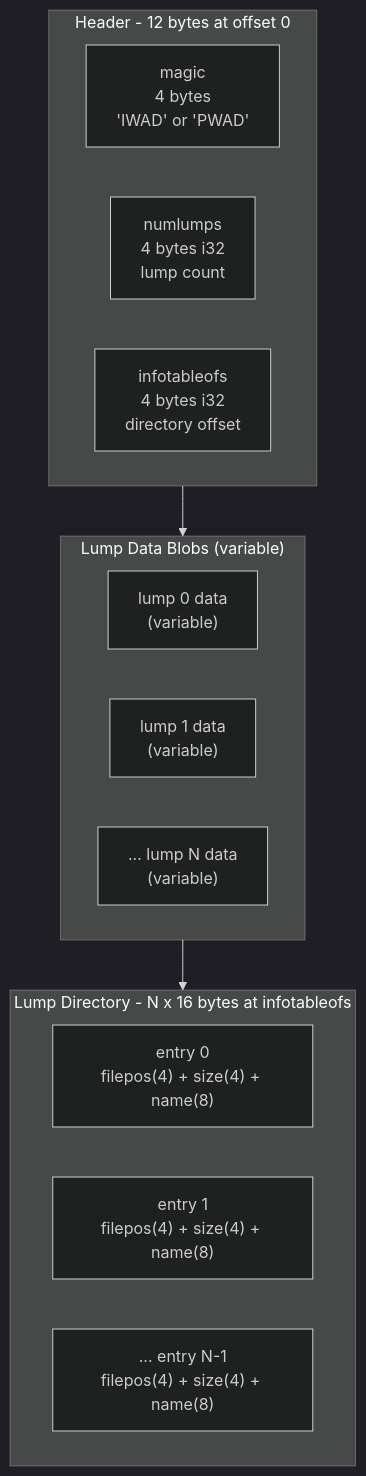
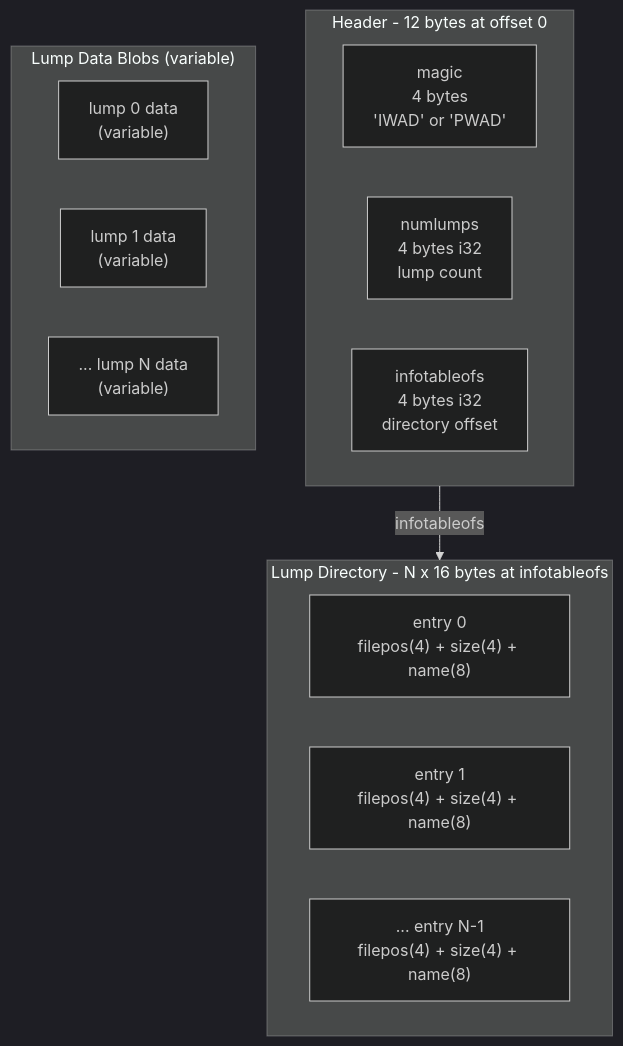
The first of 4 diagrams in docs/design.md (masriamir/crustywad), drawn with Mermaid (dark theme) before and after one commit. The commit also changed other lines of this file, not shown here.

Commit message:
docs(design): fix WAD layout arrows and size_of notation

````diff
--- a/docs/design.md
+++ b/docs/design.md
@@ -23,20 +23,19 @@
 ```mermaid
 flowchart TD
     subgraph Header["Header - 12 bytes at offset 0"]
         magic["magic\n4 bytes\n'IWAD' or 'PWAD'"]
         numlumps["numlumps\n4 bytes i32\nlump count"]
         infotableofs["infotableofs\n4 bytes i32\ndirectory offset"]
     end
     subgraph Data["Lump Data Blobs (variable)"]
         lump0["lump 0 data\n(variable)"]
         lump1["lump 1 data\n(variable)"]
         lumpN["... lump N data\n(variable)"]
     end
     subgraph Dir["Lump Directory - N x 16 bytes at infotableofs"]
         entry0["entry 0\nfilepos(4) + size(4) + name(8)"]
         entry1["entry 1\nfilepos(4) + size(4) + name(8)"]
         entryN["... entry N-1\nfilepos(4) + size(4) + name(8)"]
     end
-    Header --> Data
-    Data --> Dir
+    Header -- "infotableofs" --> Dir
 ```
````
